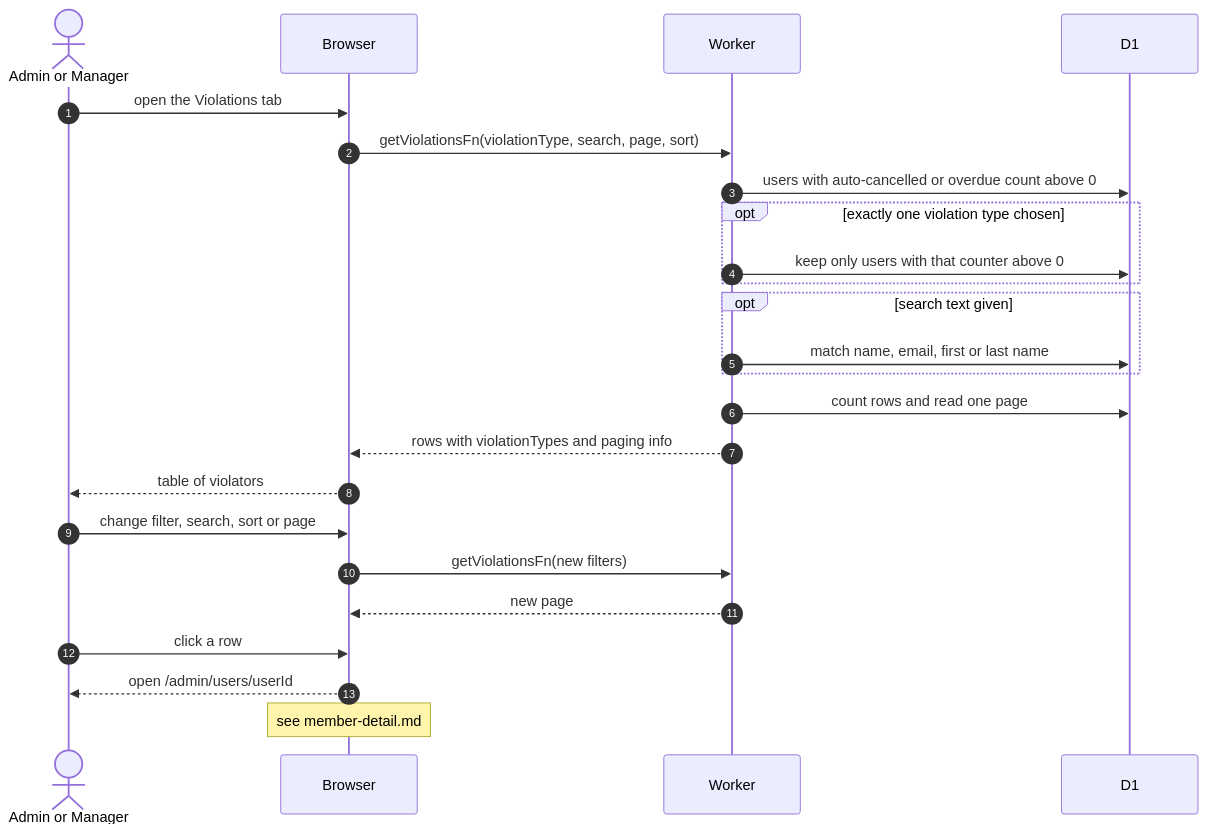
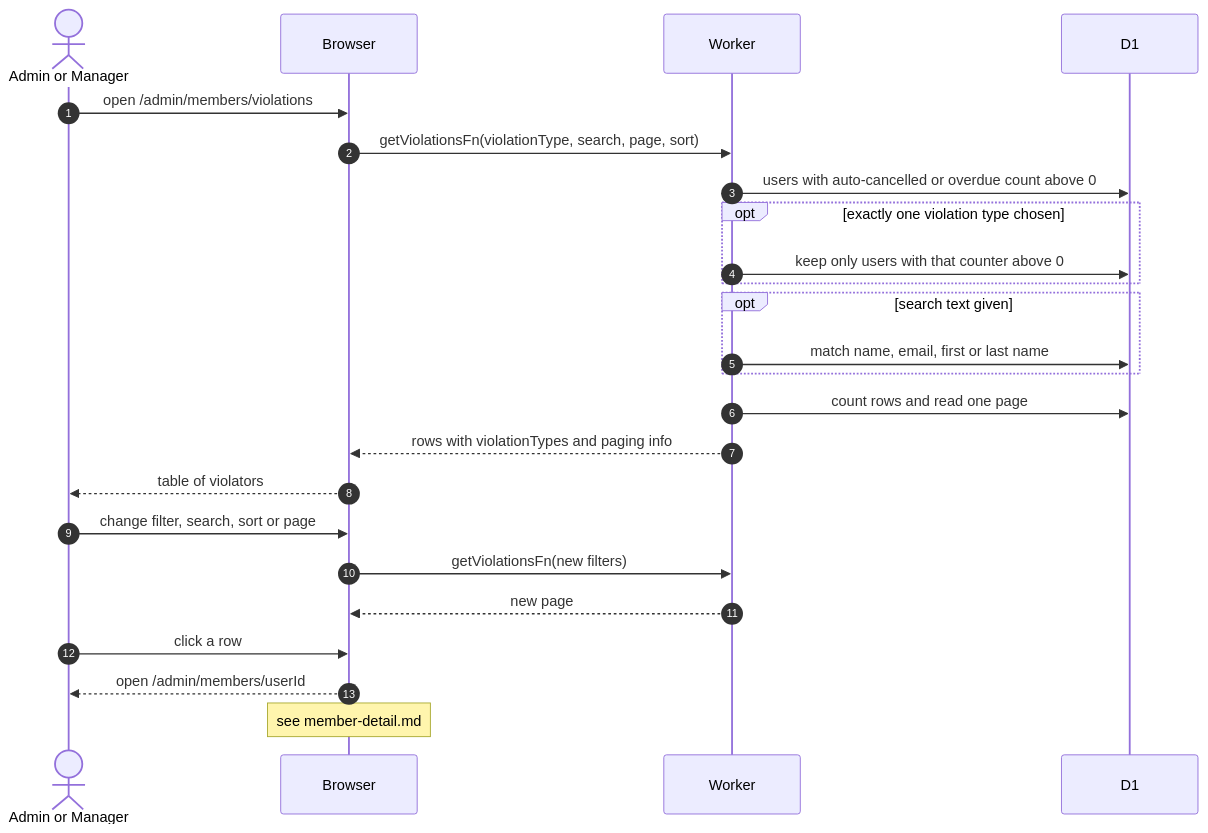
Before and after one commit to sagyzdop/meriksirat: the diagram in docs/scenarios/admin/dashboard-violations.md, drawn with Mermaid. The commit also changed other lines of this file and 45 other files, not shown here.

````diff
--- a/docs/scenarios/admin/dashboard-violations.md
+++ b/docs/scenarios/admin/dashboard-violations.md
@@ -14,27 +14,27 @@
 ```mermaid
 sequenceDiagram
     autonumber
     actor Person as Admin or Manager
     participant Browser
     participant Worker
     participant D1
 
-    Person->>Browser: open the Violations tab
+    Person->>Browser: open /admin/members/violations
     Browser->>Worker: getViolationsFn(violationType, search, page, sort)
     Worker->>D1: users with auto-cancelled or overdue count above 0
     opt exactly one violation type chosen
         Worker->>D1: keep only users with that counter above 0
     end
     opt search text given
         Worker->>D1: match name, email, first or last name
     end
     Worker->>D1: count rows and read one page
     Worker-->>Browser: rows with violationTypes and paging info
     Browser-->>Person: table of violators
     Person->>Browser: change filter, search, sort or page
     Browser->>Worker: getViolationsFn(new filters)
     Worker-->>Browser: new page
     Person->>Browser: click a row
-    Browser-->>Person: open /admin/users/userId
+    Browser-->>Person: open /admin/members/userId
     Note over Browser: see member-detail.md
 ```
````
